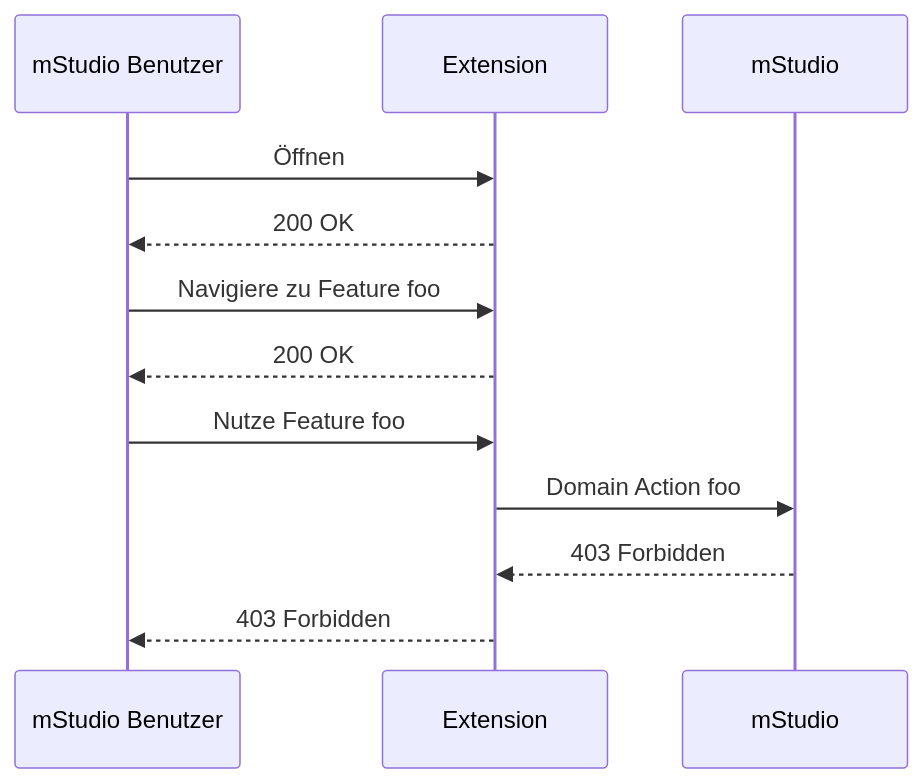
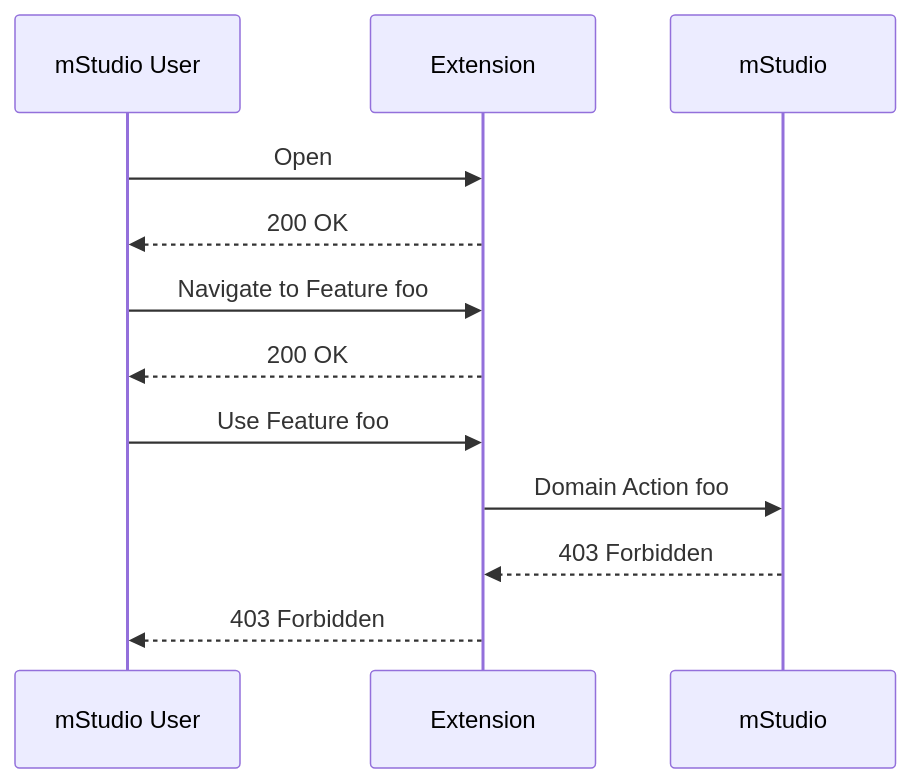
Before and after one commit to mittwald/developer-portal: the first of 3 diagrams in docs/contribution/4-how-to/6-ensure-authorization.mdx, drawn with Mermaid. The commit also changed other lines of this file and 3 other files, not shown here.

````diff
--- a/docs/contribution/4-how-to/6-ensure-authorization.mdx
+++ b/docs/contribution/4-how-to/6-ensure-authorization.mdx
@@ -26,15 +21,15 @@
 ```mermaid
 sequenceDiagram
-  participant User as mStudio Benutzer
+  participant User as mStudio User
   participant Extension
   participant mStudio
 
-  User->>Extension: Öffnen
+  User->>Extension: Open
   Extension-->>User: 200 OK
-  User->>Extension: Navigiere zu Feature foo
+  User->>Extension: Navigate to Feature foo
   Extension-->>User: 200 OK
-  User->>Extension: Nutze Feature foo
+  User->>Extension: Use Feature foo
   Extension->>mStudio: Domain Action foo
   mStudio-->>Extension: 403 Forbidden
   Extension-->>User: 403 Forbidden
 ```
````
